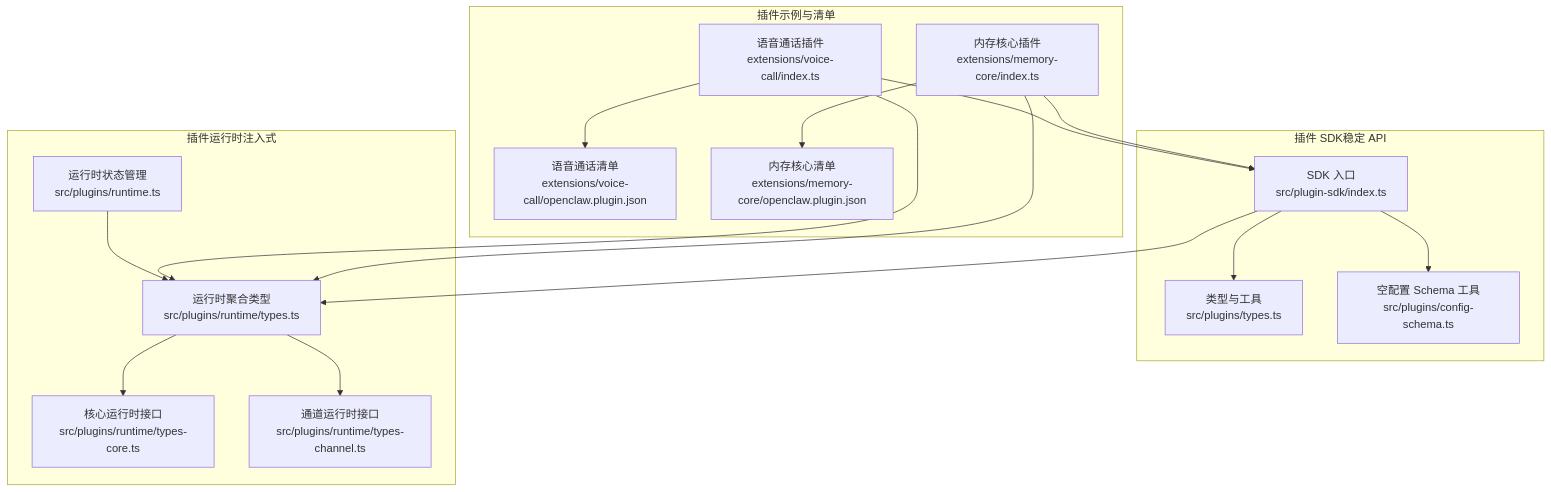
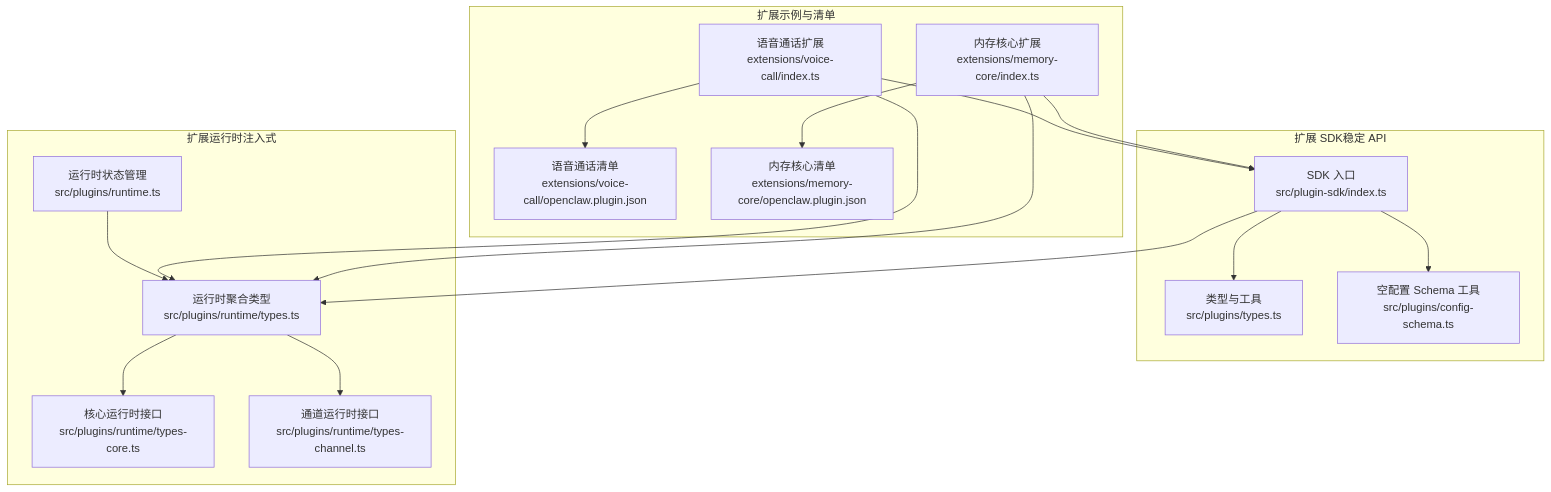
The second of 9 diagrams in .qoder/repowiki/zh/content/插件系统/插件系统.md (verse-ai-org/openclaw), drawn with Mermaid before and after one commit. The commit also changed other lines of this file and 9 other files, not shown here.

````diff
--- a/.qoder/repowiki/zh/content/插件系统/插件系统.md
+++ b/.qoder/repowiki/zh/content/插件系统/插件系统.md
@@ -43,32 +566,32 @@
 ```mermaid
 graph TB
-subgraph "插件 SDK稳定 API"
+subgraph "扩展 SDK稳定 API"
 SDK_Index["SDK 入口<br/>src/plugin-sdk/index.ts"]
 SDK_Types["类型与工具<br/>src/plugins/types.ts"]
 SDK_Config["空配置 Schema 工具<br/>src/plugins/config-schema.ts"]
 end
-subgraph "插件运行时注入式"
+subgraph "扩展运行时注入式"
 RT_Core["核心运行时接口<br/>src/plugins/runtime/types-core.ts"]
 RT_Channel["通道运行时接口<br/>src/plugins/runtime/types-channel.ts"]
 RT_API["运行时聚合类型<br/>src/plugins/runtime/types.ts"]
 RT_State["运行时状态管理<br/>src/plugins/runtime.ts"]
 end
-subgraph "插件示例与清单"
-VC_Plugin["语音通话插件<br/>extensions/voice-call/index.ts"]
+subgraph "扩展示例与清单"
+VC_Plugin["语音通话扩展<br/>extensions/voice-call/index.ts"]
 VC_Manifest["语音通话清单<br/>extensions/voice-call/openclaw.plugin.json"]
-MC_Plugin["内存核心插件<br/>extensions/memory-core/index.ts"]
+MC_Plugin["内存核心扩展<br/>extensions/memory-core/index.ts"]
 MC_Manifest["内存核心清单<br/>extensions/memory-core/openclaw.plugin.json"]
 end
 SDK_Index --> SDK_Types
 SDK_Index --> SDK_Config
 SDK_Index --> RT_API
 RT_API --> RT_Core
 RT_API --> RT_Channel
 RT_State --> RT_API
 VC_Plugin --> SDK_Index
 VC_Plugin --> RT_API
 VC_Plugin --> VC_Manifest
 MC_Plugin --> SDK_Index
 MC_Plugin --> RT_API
 MC_Plugin --> MC_Manifest
 ```
````
